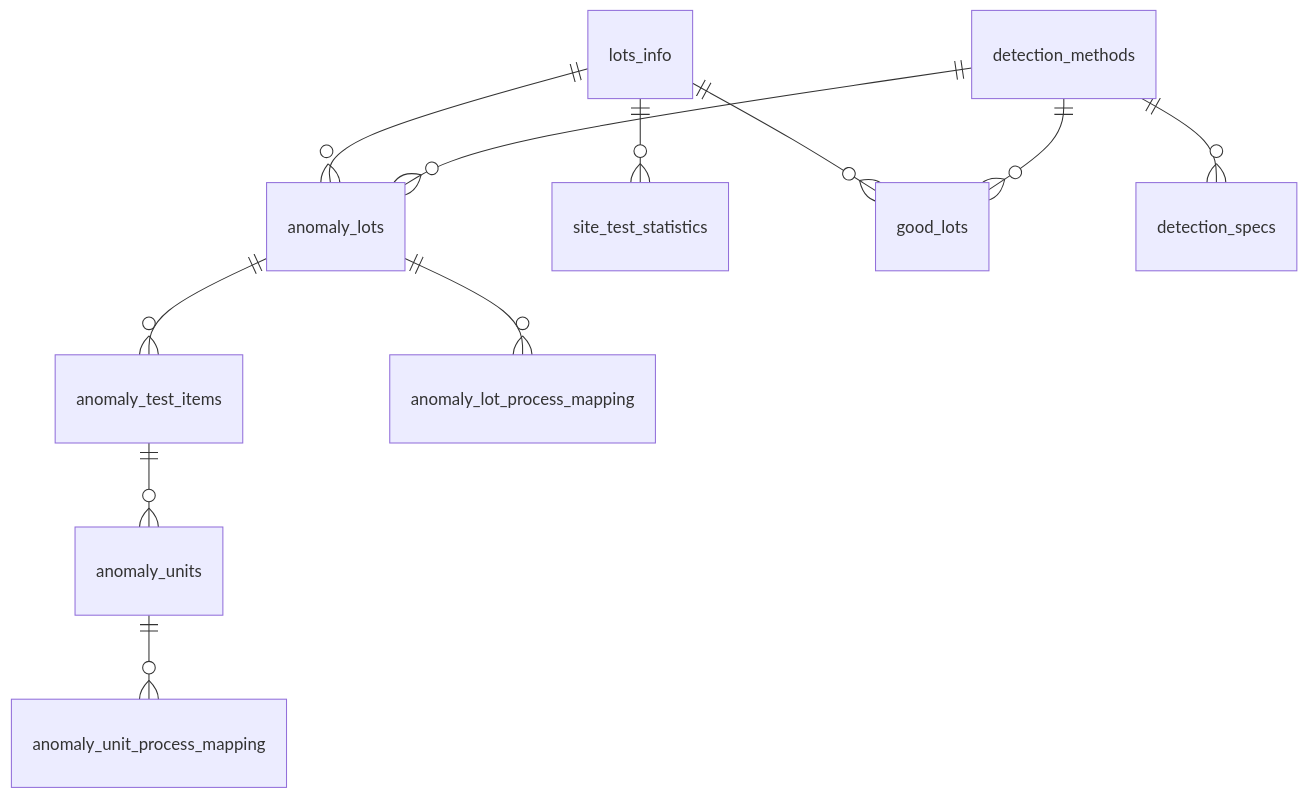
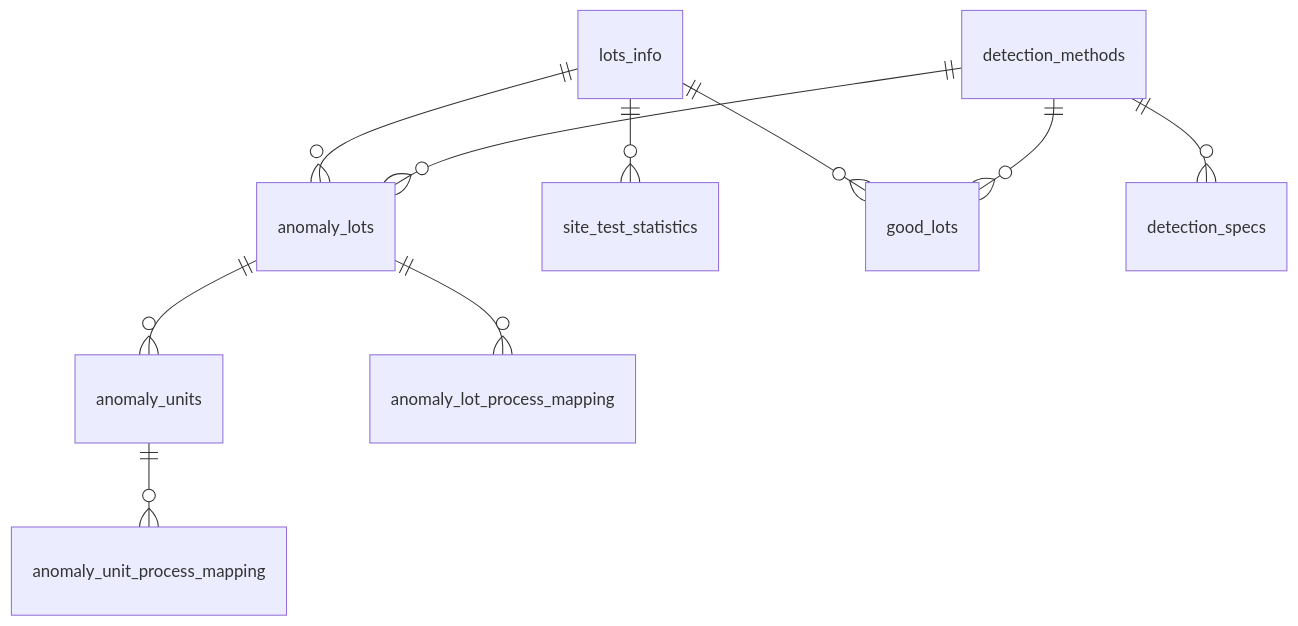
Before and after one commit to BriantsaiCoder/dapper_best_practice_net46: the diagram in README.md, drawn with Mermaid. The commit also changed other lines of this file and 8 other files, not shown here.

Commit message:
合併 anomaly_test_items + anomaly_units：schema/model/repo/sample/README 全面更新

````diff
--- a/README.md
+++ b/README.md
@@ -429,13 +427,12 @@
 ```mermaid
 erDiagram
     lots_info ||--o{ anomaly_lots : ""
     lots_info ||--o{ site_test_statistics : ""
     lots_info ||--o{ good_lots : ""
     detection_methods ||--o{ anomaly_lots : ""
     detection_methods ||--o{ detection_specs : ""
     detection_methods ||--o{ good_lots : ""
-    anomaly_lots ||--o{ anomaly_test_items : ""
+    anomaly_lots ||--o{ anomaly_units : ""
     anomaly_lots ||--o{ anomaly_lot_process_mapping : ""
-    anomaly_test_items ||--o{ anomaly_units : ""
     anomaly_units ||--o{ anomaly_unit_process_mapping : ""
 ```
````
